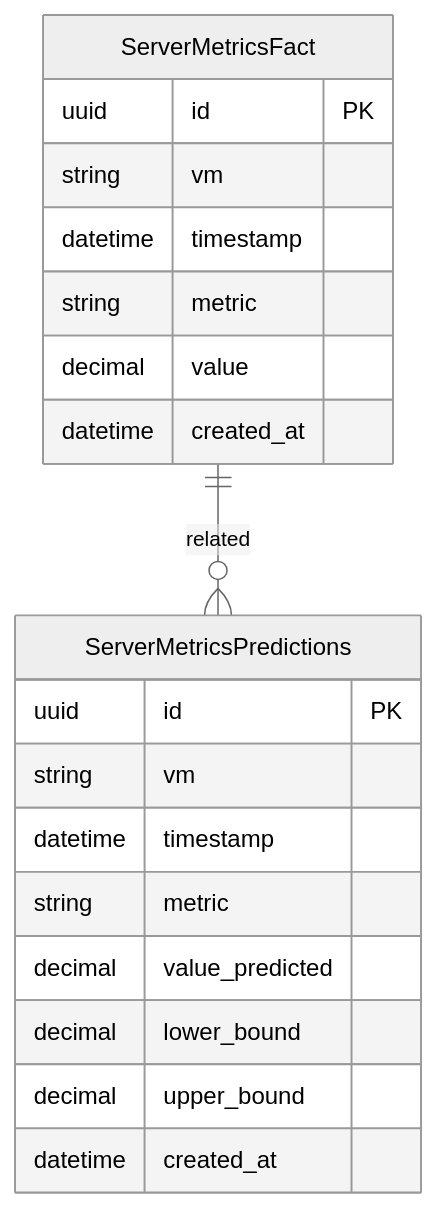
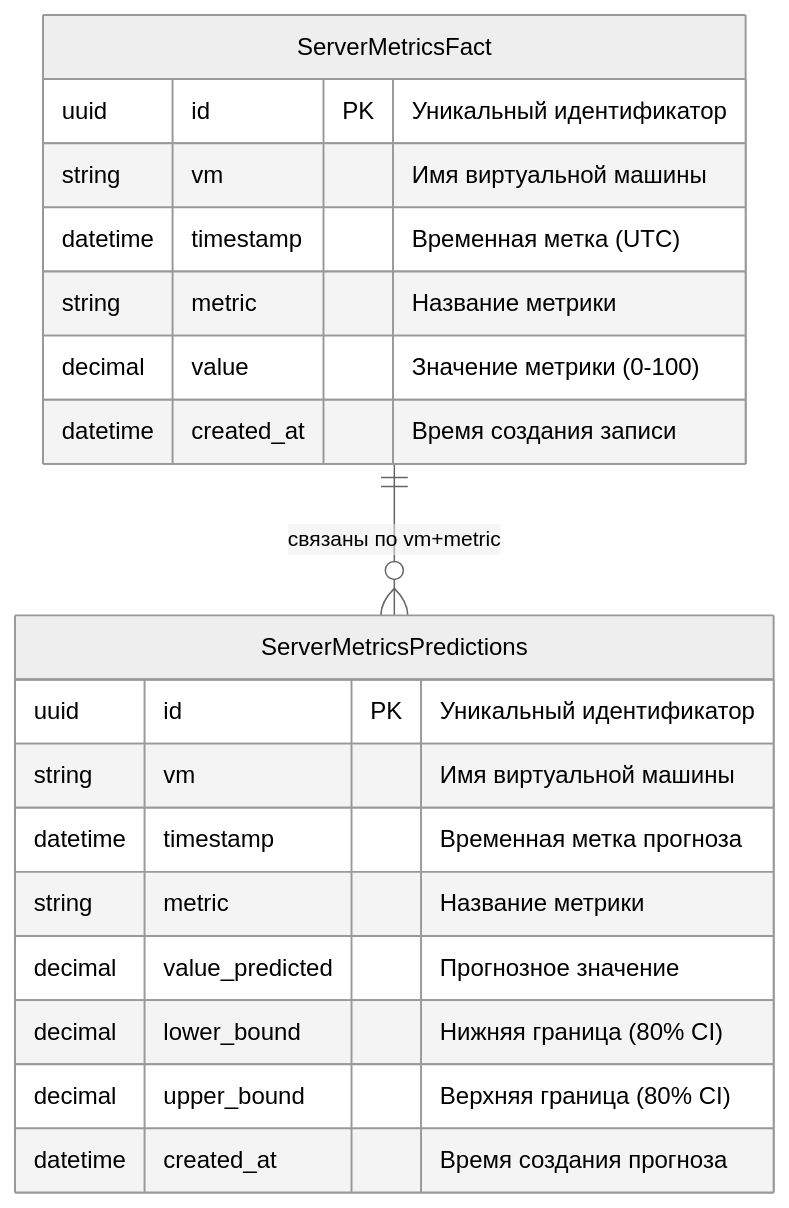
Before and after one commit to sweetd0vee/servers-dashboard: the eighth of 13 diagrams in docs/ARCHITECTURE.md, drawn with Mermaid (neutral theme). The commit also changed other lines of this file and 1 other file, not shown here.

````diff
--- a/docs/ARCHITECTURE.md
+++ b/docs/ARCHITECTURE.md
@@ -433,24 +366,24 @@
 ```mermaid
 erDiagram
-    ServerMetricsFact ||--o{ ServerMetricsPredictions : "related"
+    ServerMetricsFact ||--o{ ServerMetricsPredictions : "связаны по vm+metric"
     
     ServerMetricsFact {
-        uuid id PK
-        string vm
-        datetime timestamp
-        string metric
-        decimal value
-        datetime created_at
+        uuid id PK "Уникальный идентификатор"
+        string vm "Имя виртуальной машины"
+        datetime timestamp "Временная метка (UTC)"
+        string metric "Название метрики"
+        decimal value "Значение метрики (0-100)"
+        datetime created_at "Время создания записи"
     }
     
     ServerMetricsPredictions {
-        uuid id PK
-        string vm
-        datetime timestamp
-        string metric
-        decimal value_predicted
-        decimal lower_bound
-        decimal upper_bound
-        datetime created_at
+        uuid id PK "Уникальный идентификатор"
+        string vm "Имя виртуальной машины"
+        datetime timestamp "Временная метка прогноза"
+        string metric "Название метрики"
+        decimal value_predicted "Прогнозное значение"
+        decimal lower_bound "Нижняя граница (80% CI)"
+        decimal upper_bound "Верхняя граница (80% CI)"
+        datetime created_at "Время создания прогноза"
     }
 ```
````
